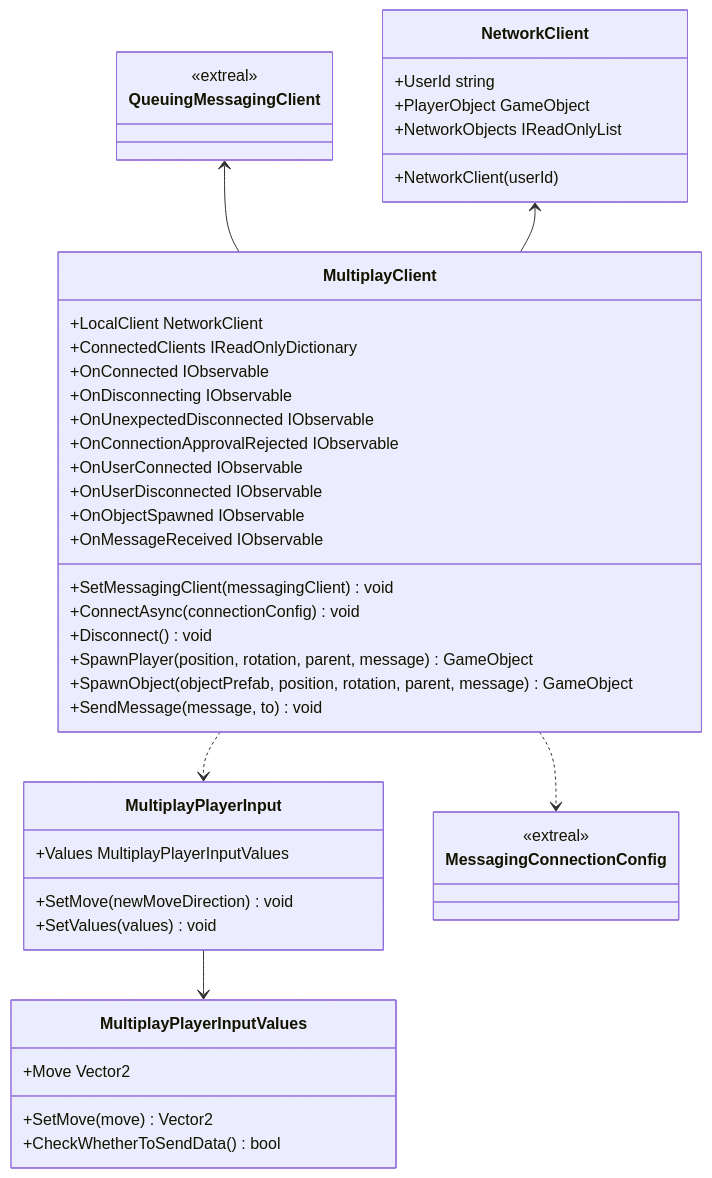
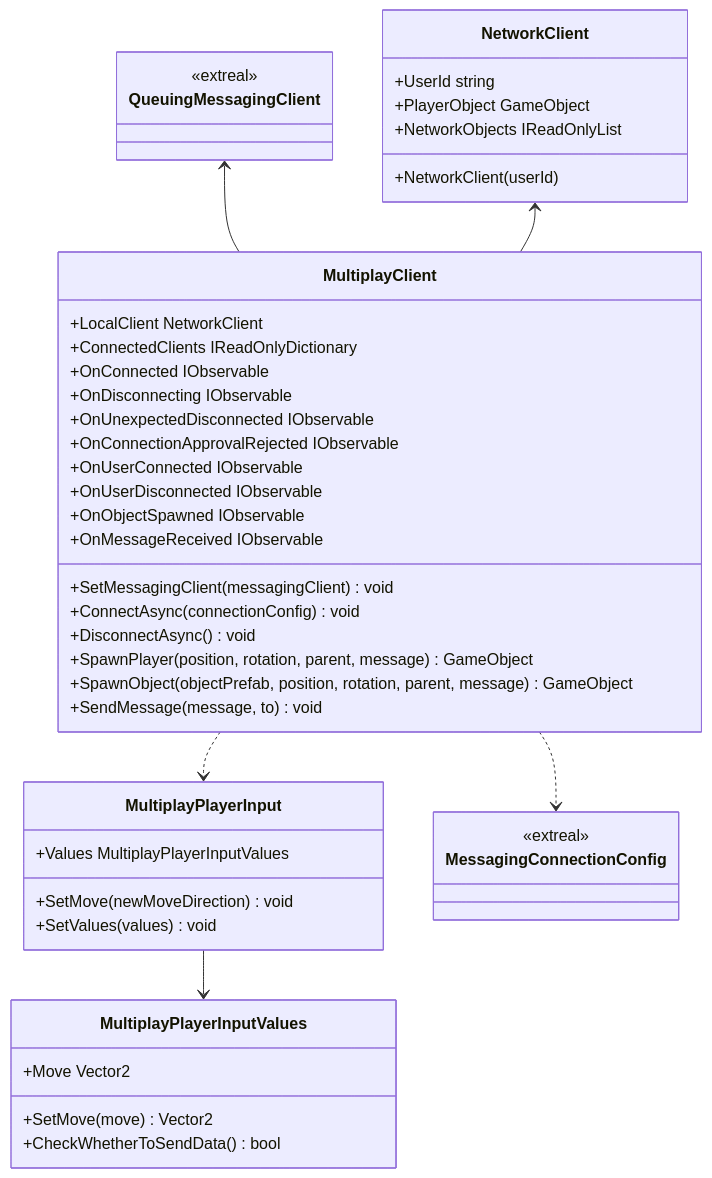
One commit to extreal-dev/Extreal.Guide changed the diagram in docs/integration/multiplay.common.md. Above: the diagram before and after it, drawn with Mermaid. The commit also changed other lines of this file, not shown here.

````diff
--- a/docs/integration/multiplay.common.md
+++ b/docs/integration/multiplay.common.md
@@ -23,58 +27,58 @@
 ```mermaid
 classDiagram
     MultiplayClient ..> MultiplayPlayerInput
     MultiplayClient ..> MessagingConnectionConfig
 
     QueuingMessagingClient <-- MultiplayClient
     NetworkClient <-- MultiplayClient
 
     MultiplayPlayerInput --> MultiplayPlayerInputValues
 
     class MultiplayClient {
         +LocalClient NetworkClient
         +ConnectedClients IReadOnlyDictionary
 
         +OnConnected IObservable
         +OnDisconnecting IObservable
         +OnUnexpectedDisconnected IObservable
         +OnConnectionApprovalRejected IObservable
         +OnUserConnected IObservable
         +OnUserDisconnected IObservable
         +OnObjectSpawned IObservable
         +OnMessageReceived IObservable
 
         +SetMessagingClient(messagingClient) void
         +ConnectAsync(connectionConfig) void
-        +Disconnect() void
+        +DisconnectAsync() void
         +SpawnPlayer(position, rotation, parent, message) GameObject
         +SpawnObject(objectPrefab, position, rotation, parent, message) GameObject
         +SendMessage(message, to) void
     }
 
     class NetworkClient {
         +UserId string
         +PlayerObject GameObject
         +NetworkObjects IReadOnlyList
         +NetworkClient(userId)
     }
 
     class QueuingMessagingClient {
         <<extreal>>
     }
 
     class MultiplayPlayerInput {
         +Values MultiplayPlayerInputValues
         +SetMove(newMoveDirection) void
         +SetValues(values) void
     }
 
     class MultiplayPlayerInputValues {
         +Move Vector2
         +SetMove(move) Vector2
         +CheckWhetherToSendData() bool
     }
 
     class MessagingConnectionConfig {
         <<extreal>>
     }
 ```
````
